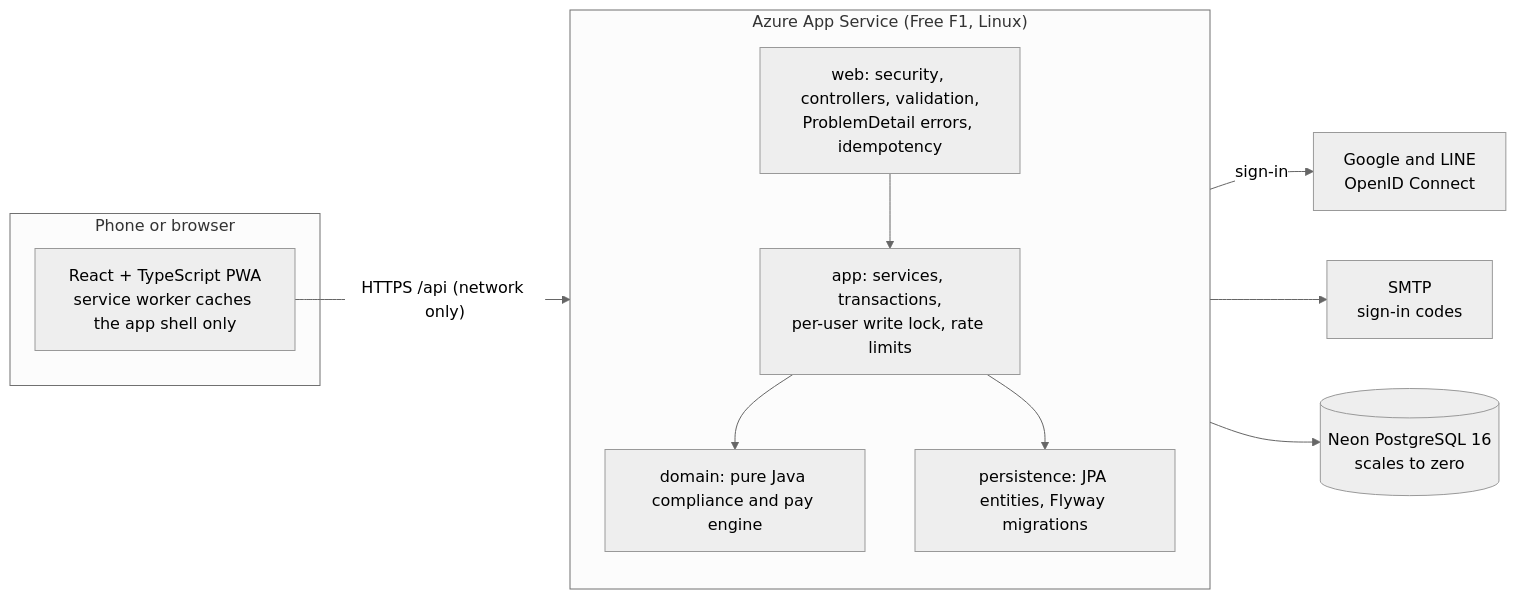
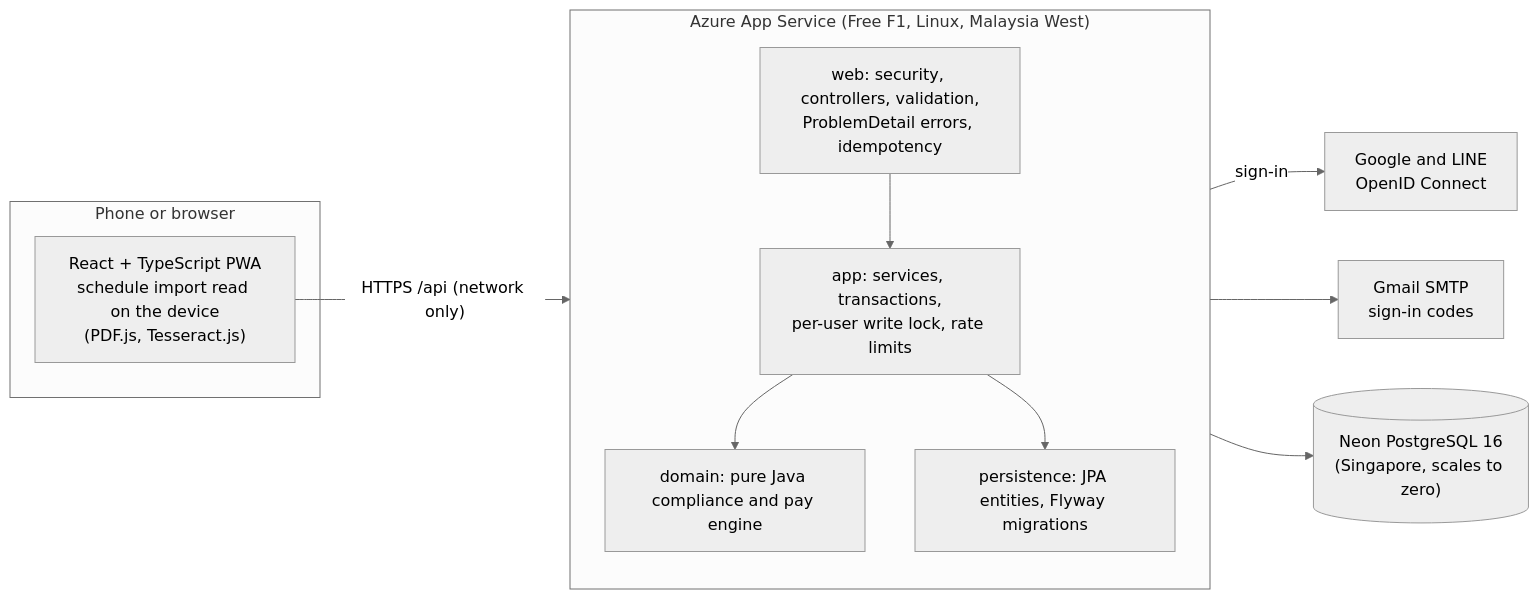
The diagram in README.md (froxily/yoyu-showcase), drawn with Mermaid (neutral theme) before and after one commit. The commit also changed other lines of this file and 27 other files, not shown here.

First line of the commit message:
Update to Yoyū v1.2: schedule import, Japanese UI, current screenshots

````diff
--- a/README.md
+++ b/README.md
@@ -41,22 +45,22 @@
 ```mermaid
 flowchart LR
   subgraph Phone["Phone or browser"]
-    PWA["React + TypeScript PWA<br/>service worker caches the app shell only"]
+    PWA["React + TypeScript PWA<br/>schedule import read on the device<br/>(PDF.js, Tesseract.js)"]
   end
-  subgraph Azure["Azure App Service (Free F1, Linux)"]
+  subgraph Azure["Azure App Service (Free F1, Linux, Malaysia West)"]
     direction TB
     Web["web: security, controllers, validation,<br/>ProblemDetail errors, idempotency"]
     App["app: services, transactions,<br/>per-user write lock, rate limits"]
     Domain["domain: pure Java compliance and pay engine"]
     Persistence["persistence: JPA entities, Flyway migrations"]
     Web --> App --> Domain
     App --> Persistence
   end
-  Neon[("Neon PostgreSQL 16<br/>scales to zero")]
+  Neon[("Neon PostgreSQL 16<br/>(Singapore, scales to zero)")]
   Providers["Google and LINE<br/>OpenID Connect"]
-  Mail["SMTP<br/>sign-in codes"]
+  Gmail["Gmail SMTP<br/>sign-in codes"]
   PWA -- "HTTPS /api (network only)" --> Web
   Web -- "sign-in" --> Providers
-  App --> Mail
+  App --> Gmail
   Persistence --> Neon
 ```
````
